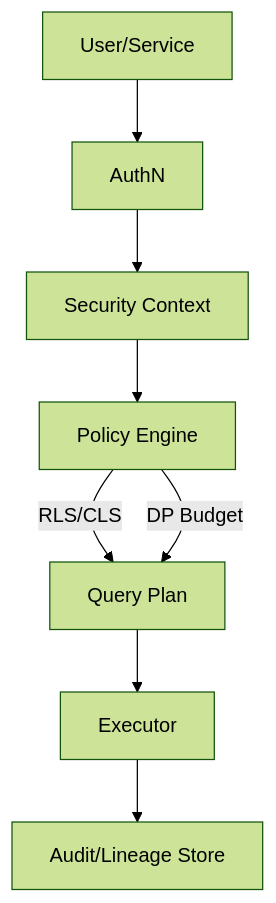
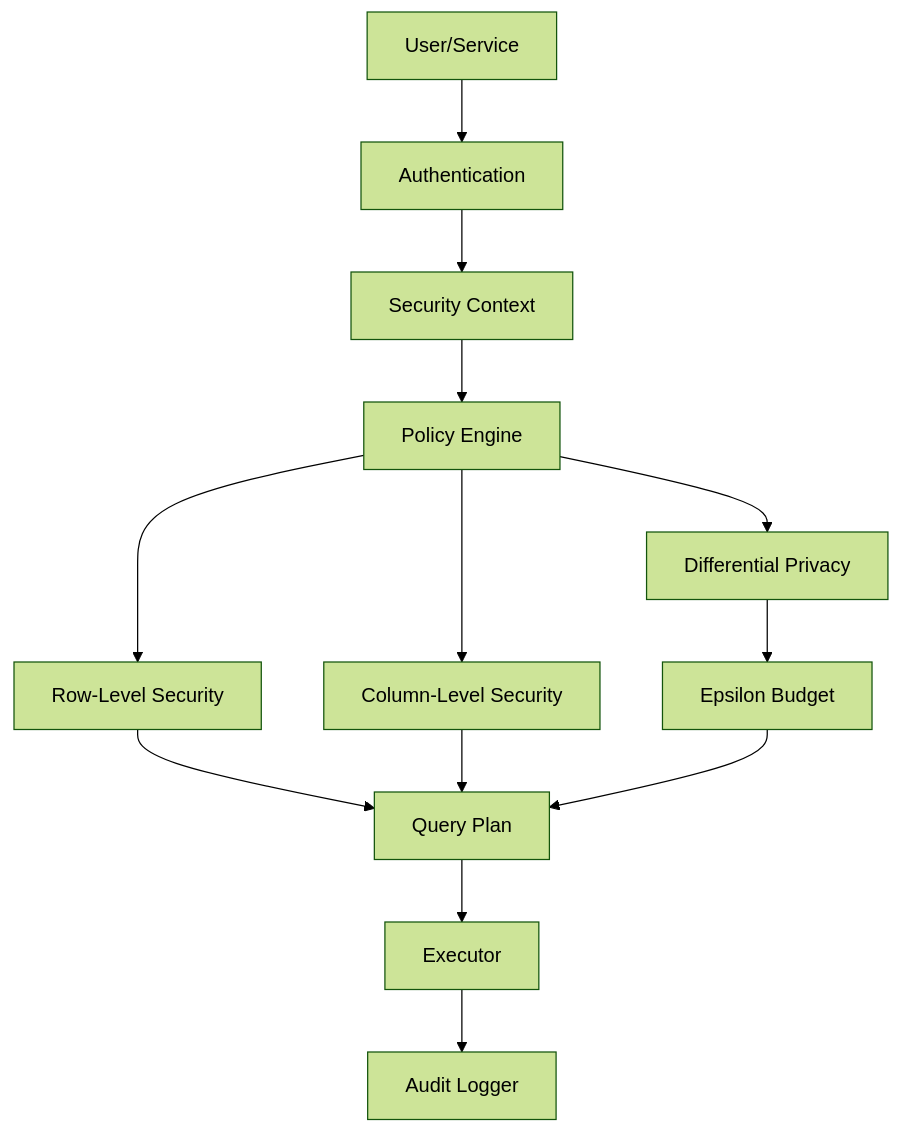
The fourth of 9 diagrams in README.md (hoangsonww/LatticeDB-NextGen-DBMS), drawn with Mermaid (forest theme) before and after one commit. The commit also changed other lines of this file and 82 other files, not shown here.

````diff
--- a/README.md
+++ b/README.md
@@ -307,10 +324,15 @@
 ```mermaid
 flowchart TD
-  U[User/Service] --> A[AuthN]
-  A --> Ctx[Security Context]
-  Ctx --> P[Policy Engine]
-  P -->|RLS/CLS| QP[Query Plan]
-  P -->|DP Budget| QP
-  QP --> EXE[Executor]
-  EXE --> AUD[Audit/Lineage Store]
+    U[User/Service] --> AUTH[Authentication]
+    AUTH --> CTX[Security Context]
+    CTX --> POL[Policy Engine]
+    POL --> RLS[Row-Level Security]
+    POL --> CLS[Column-Level Security]
+    POL --> DP[Differential Privacy]
+    RLS --> PLAN[Query Plan]
+    CLS --> PLAN
+    DP --> BUDGET[Epsilon Budget]
+    BUDGET --> PLAN
+    PLAN --> EXEC[Executor]
+    EXEC --> AUDIT[Audit Logger]
 ```
````
